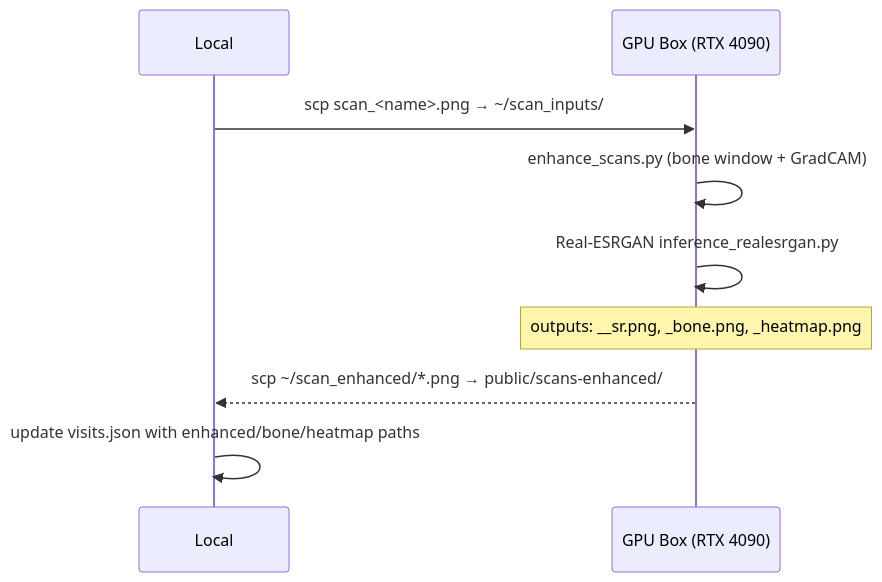
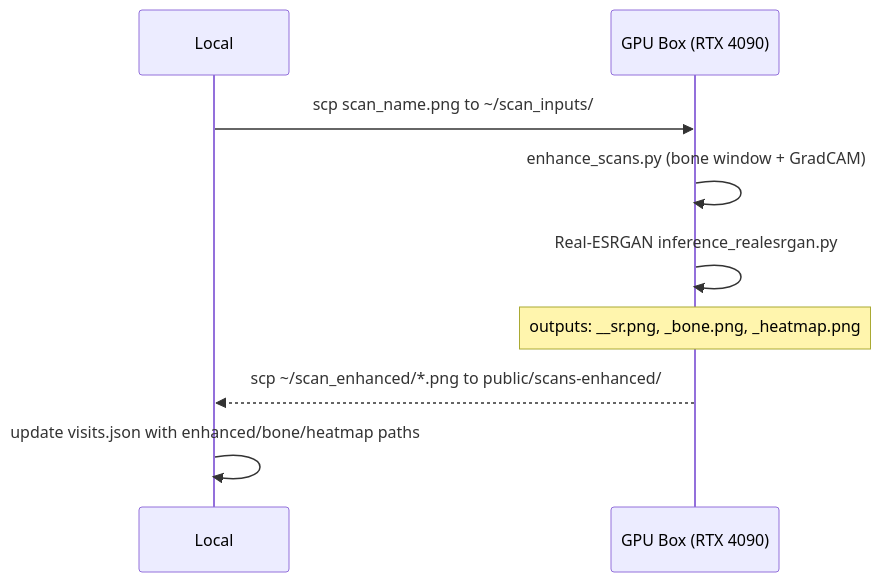
One commit to p5150j/-Soma-Health changed the second of 3 diagrams in README.md. Above: the diagram before and after it, drawn with Mermaid. The commit also changed other lines of this file, not shown here.

````diff
--- a/README.md
+++ b/README.md
@@ -99,12 +186,12 @@
 ```mermaid
 sequenceDiagram
   participant Local
   participant GPUBox as GPU Box (RTX 4090)
 
-  Local->>GPUBox: scp scan_<name>.png → ~/scan_inputs/
+  Local->>GPUBox: scp scan_name.png to ~/scan_inputs/
   GPUBox->>GPUBox: enhance_scans.py (bone window + GradCAM)
   GPUBox->>GPUBox: Real-ESRGAN inference_realesrgan.py
   Note over GPUBox: outputs: __sr.png, _bone.png, _heatmap.png
-  GPUBox-->>Local: scp ~/scan_enhanced/*.png → public/scans-enhanced/
+  GPUBox-->>Local: scp ~/scan_enhanced/*.png to public/scans-enhanced/
   Local->>Local: update visits.json with enhanced/bone/heatmap paths
 ```
````
